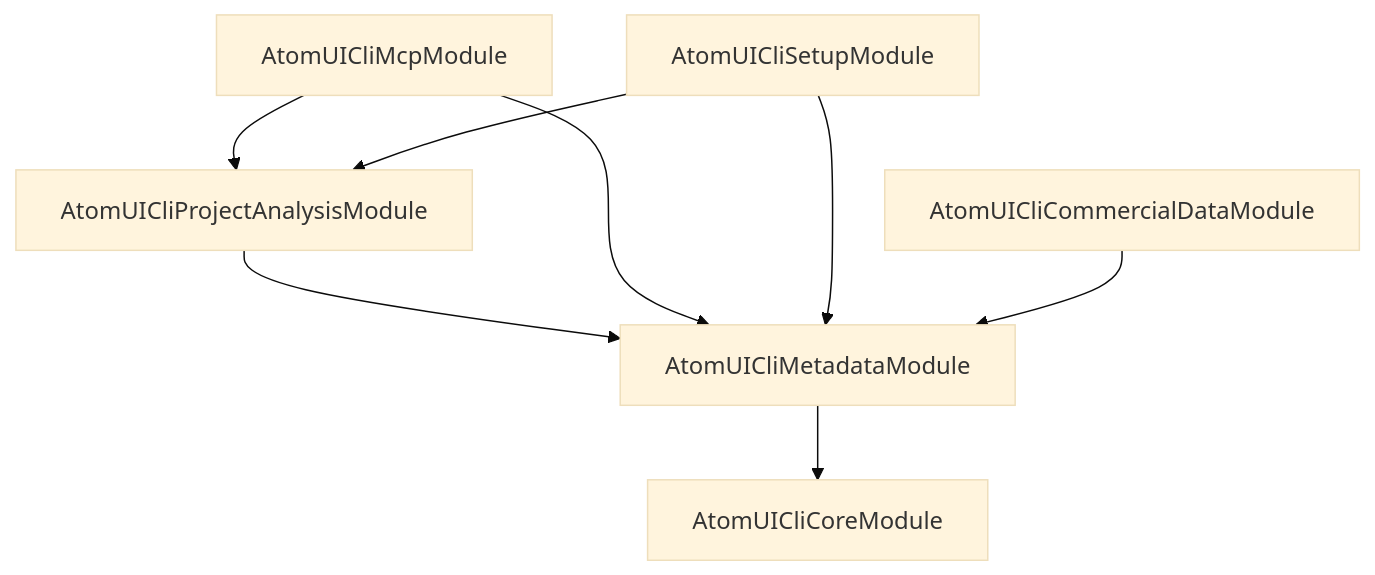
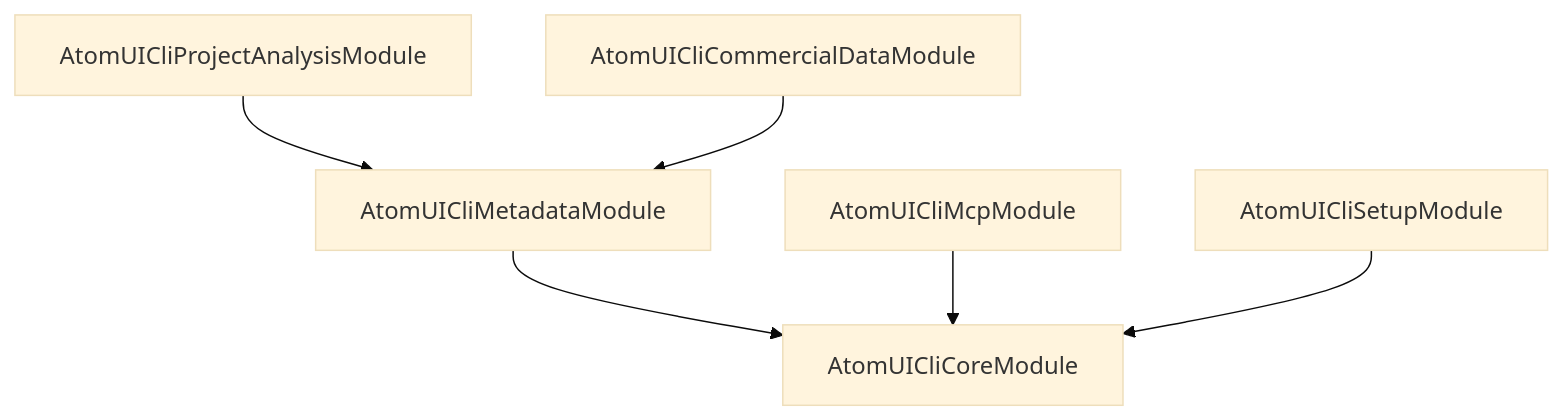
One commit to AtomUI/AtomUI.Cli changed the second of 2 diagrams in docs/architecture/atomui-cli-architecture-design.md. Above: the diagram before and after it, drawn with Mermaid (base theme). The commit also changed other lines of this file and 111 other files, not shown here.

````diff
--- a/docs/architecture/atomui-cli-architecture-design.md
+++ b/docs/architecture/atomui-cli-architecture-design.md
@@ -234,17 +281,15 @@
 ```mermaid
 flowchart TD
     Core["AtomUICliCoreModule"]
     Metadata["AtomUICliMetadataModule"]
     Project["AtomUICliProjectAnalysisModule"]
     Mcp["AtomUICliMcpModule"]
     Setup["AtomUICliSetupModule"]
     Commercial["AtomUICliCommercialDataModule"]
 
     Metadata --> Core
     Project --> Metadata
-    Mcp --> Metadata
-    Mcp --> Project
-    Setup --> Metadata
-    Setup --> Project
+    Mcp --> Core
+    Setup --> Core
     Commercial --> Metadata
 ```
````
